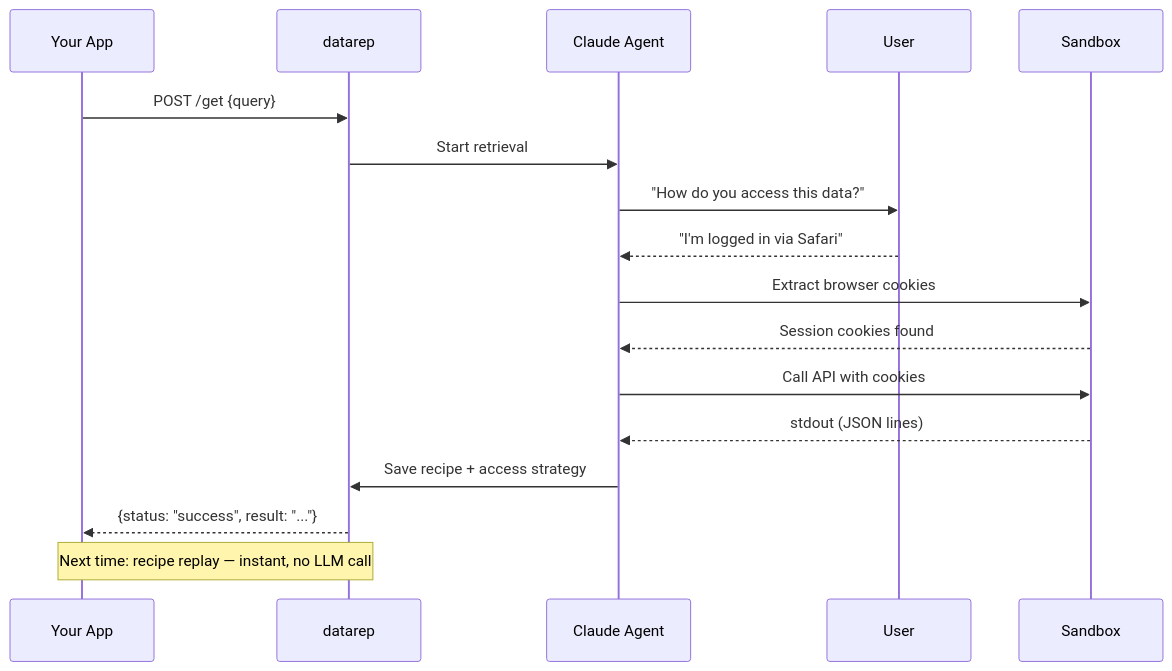
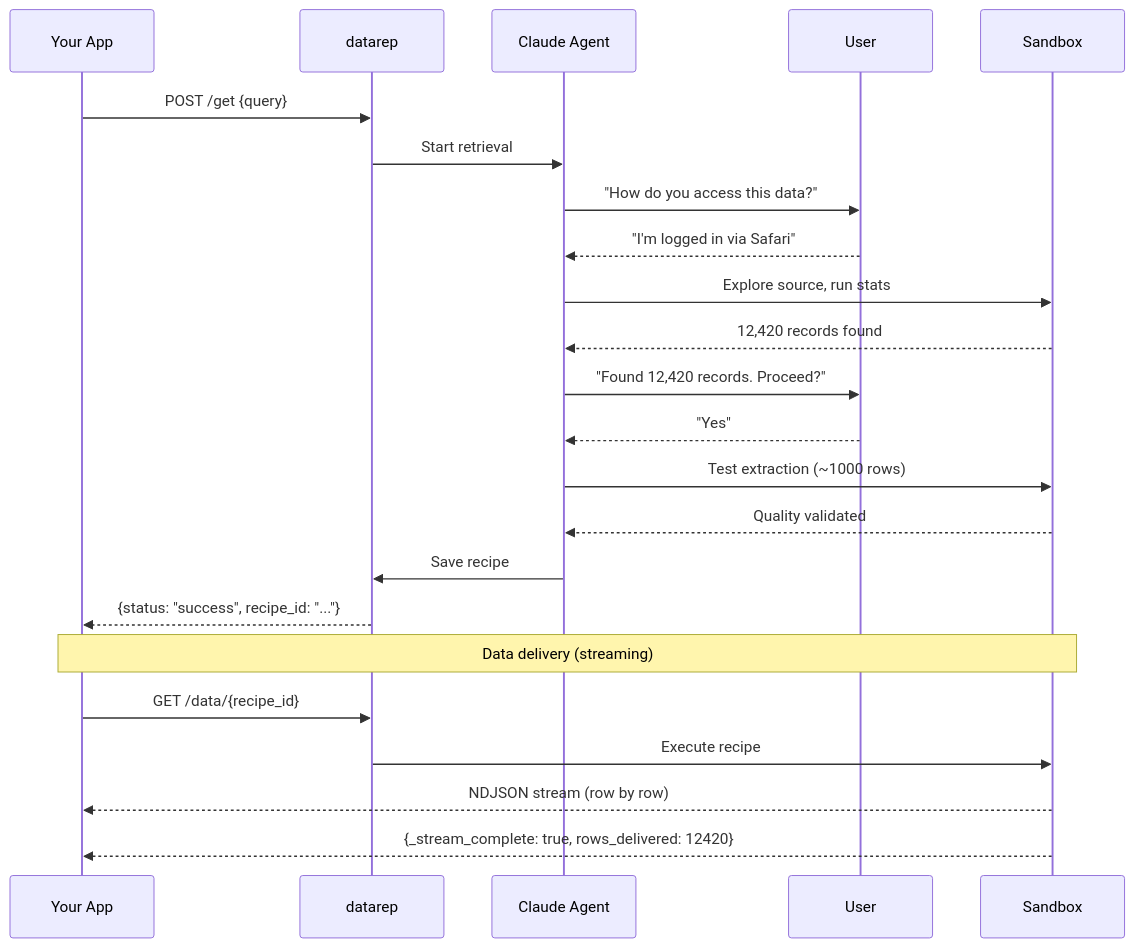
One commit to datarep-ai/datarep-docs changed the diagram in docs/index.md. Above: the diagram before and after it, drawn with Mermaid. The commit also changed 1 other file, not shown here.

Commit message:
Update docs for streaming data delivery and fault-tolerant recipes
Document the new GET /data/{recipe_id} streaming endpoint,
GET /data/{recipe_id}/retry for failed rows, the recipe-then-stream
workflow, and per-row fault tolerance with _stream_complete summaries.

Made-with: Cursor

````diff
--- a/docs/index.md
+++ b/docs/index.md
@@ -71,21 +71,27 @@
 ```mermaid
 sequenceDiagram
     participant App as Your App
     participant DR as datarep
     participant Agent as Claude Agent
     participant User as User
     participant Sandbox as Sandbox
 
     App->>DR: POST /get {query}
     DR->>Agent: Start retrieval
     Agent->>User: "How do you access this data?"
     User-->>Agent: "I'm logged in via Safari"
-    Agent->>Sandbox: Extract browser cookies
-    Sandbox-->>Agent: Session cookies found
-    Agent->>Sandbox: Call API with cookies
-    Sandbox-->>Agent: stdout (JSON lines)
-    Agent->>DR: Save recipe + access strategy
-    DR-->>App: {status: "success", result: "..."}
+    Agent->>Sandbox: Explore source, run stats
+    Sandbox-->>Agent: 12,420 records found
+    Agent->>User: "Found 12,420 records. Proceed?"
+    User-->>Agent: "Yes"
+    Agent->>Sandbox: Test extraction (~1000 rows)
+    Sandbox-->>Agent: Quality validated
+    Agent->>DR: Save recipe
+    DR-->>App: {status: "success", recipe_id: "..."}
 
-    Note over App,DR: Next time: recipe replay — instant, no LLM call
+    Note over App,Sandbox: Data delivery (streaming)
+    App->>DR: GET /data/{recipe_id}
+    DR->>Sandbox: Execute recipe
+    Sandbox-->>App: NDJSON stream (row by row)
+    Sandbox-->>App: {_stream_complete: true, rows_delivered: 12420}
 ```
````
